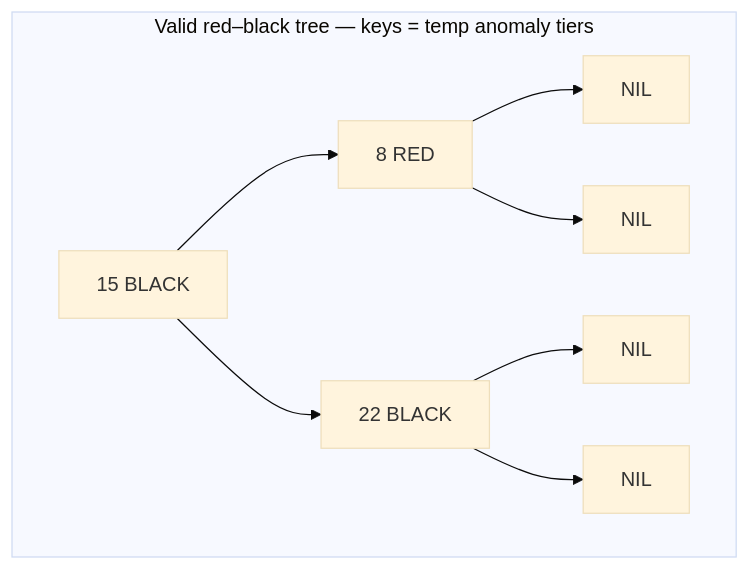
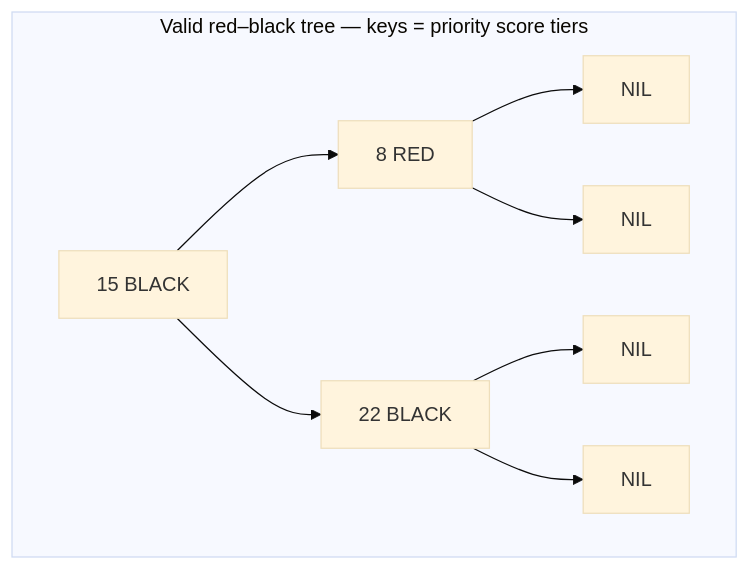
Before and after one commit to qgjones9/python-programming-guide: the first of 5 diagrams in docs/dsa/data-structures/red-black-tree/index.md, drawn with Mermaid (base theme). The commit also changed other lines of this file and 31 other files, not shown here.

````diff
--- a/docs/dsa/data-structures/red-black-tree/index.md
+++ b/docs/dsa/data-structures/red-black-tree/index.md
@@ -31,14 +31,14 @@
 ```mermaid
 flowchart TB
-  subgraph rb["Valid red–black tree — keys = temp anomaly tiers"]
-    B1["15 BLACK"]
-    R1["8 RED"]
-    B2["22 BLACK"]
-    B1 --> R1
-    B1 --> B2
-    R1 --> N1["NIL"]
-    R1 --> N2["NIL"]
-    B2 --> N3["NIL"]
-    B2 --> N4["NIL"]
-  end
+ subgraph rb["Valid red–black tree — keys = priority score tiers"]
+ B1["15 BLACK"]
+ R1["8 RED"]
+ B2["22 BLACK"]
+ B1 --> R1
+ B1 --> B2
+ R1 --> N1["NIL"]
+ R1 --> N2["NIL"]
+ B2 --> N3["NIL"]
+ B2 --> N4["NIL"]
+ end
 ```
````
